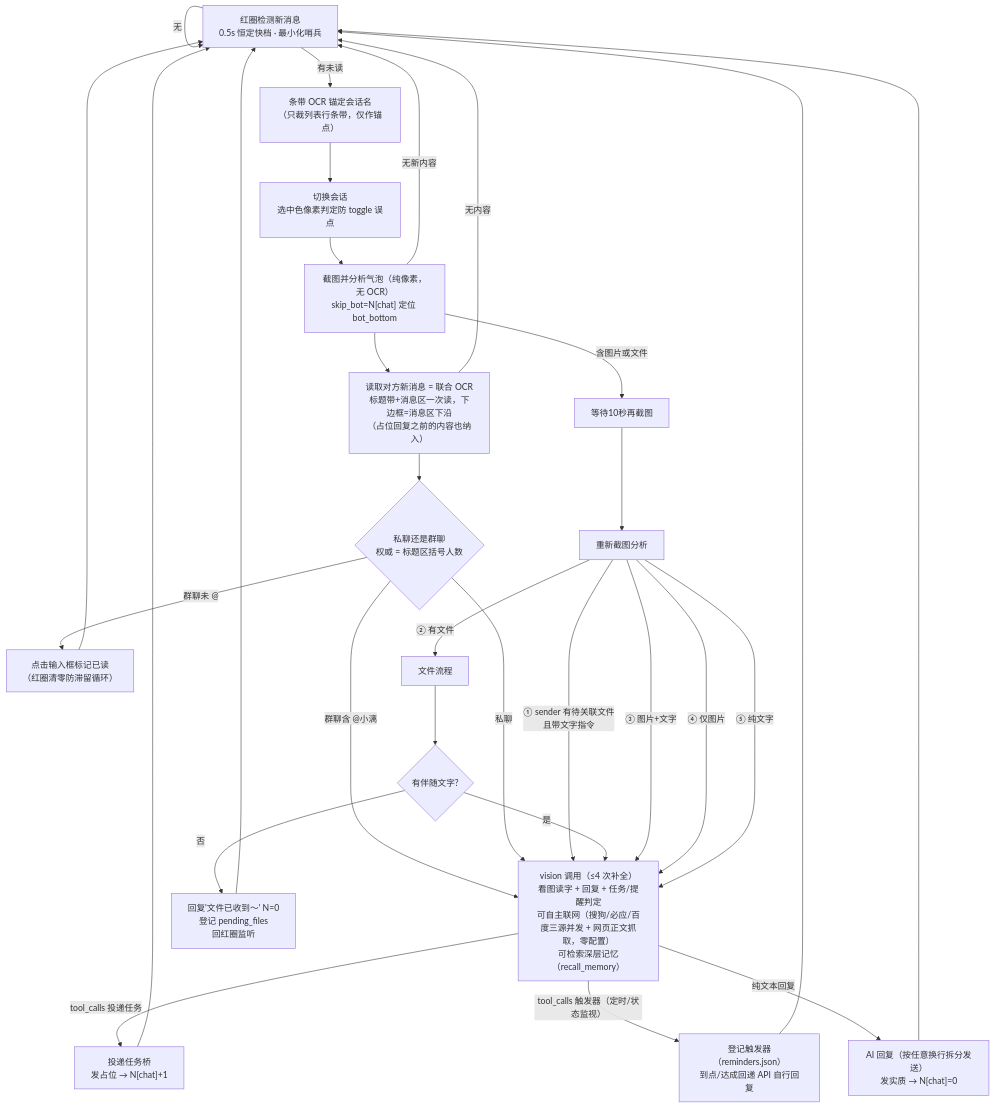
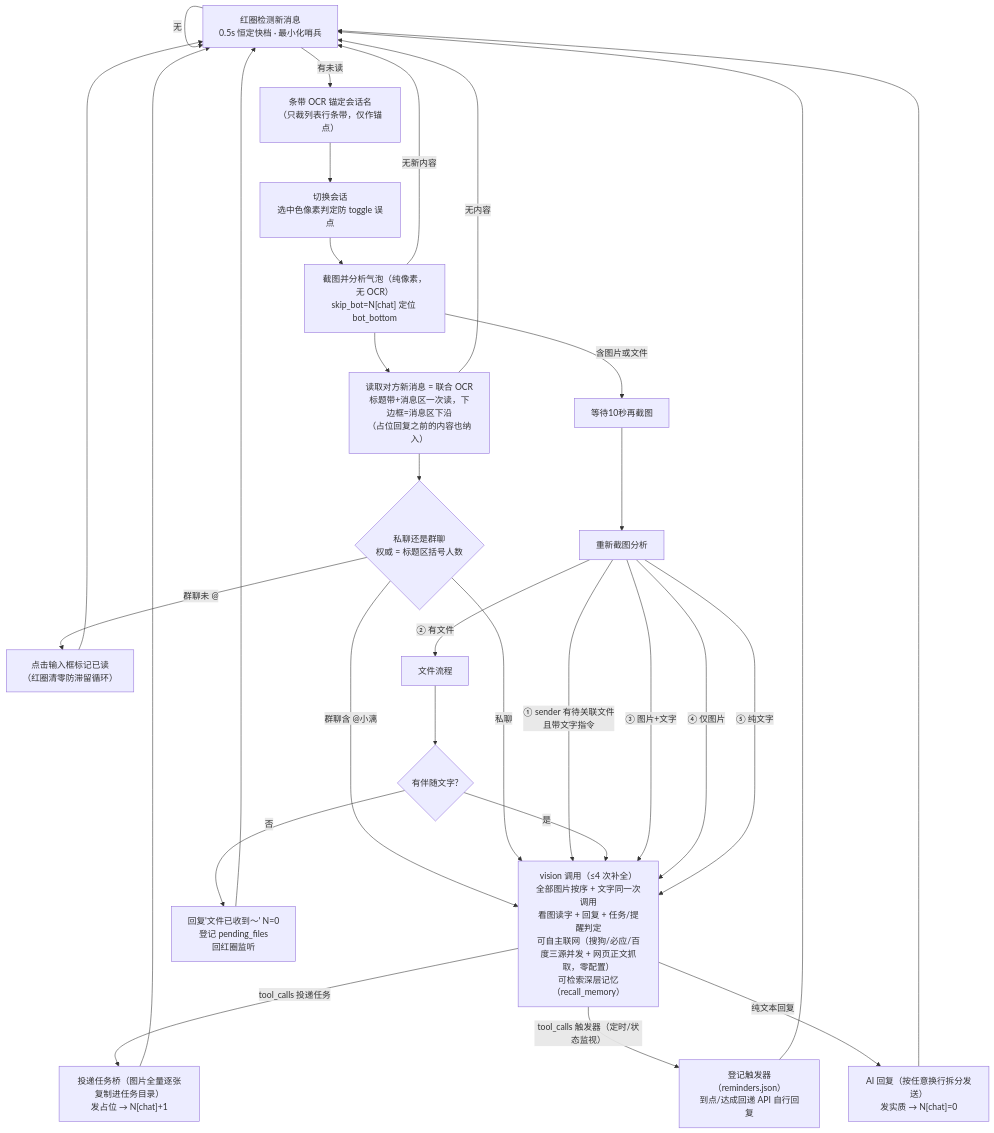
The diagram in README.md (wens6515/weixin-wechat-wxauto-ocr-xiaoli), drawn with Mermaid before and after one commit.

Commit message:
docs: 主循环 flowchart 标注多图语义（全部图片+文字同一次调用/任务全图投递）

````diff
--- a/README.md
+++ b/README.md
@@ -53,33 +53,33 @@
 ```mermaid
 flowchart TD
     A["红圈检测新消息<br/>0.5s 恒定快档 · 最小化哨兵"] -->|无| A
     A -->|有未读| B0["条带 OCR 锚定会话名<br/>（只裁列表行条带，仅作锚点）"]
     B0 --> B["切换会话<br/>选中色像素判定防 toggle 误点"]
     B --> D["截图并分析气泡（纯像素，无 OCR）<br/>skip_bot=N[chat] 定位 bot_bottom"]
     D -->|无新内容| A
     D -->|含图片或文件| H["等待10秒再截图"]
     D --> F["读取对方新消息 = 联合 OCR<br/>标题带+消息区一次读，下边框=消息区下沿<br/>（占位回复之前的内容也纳入）"]
     F -->|无内容| A
     F --> C{"私聊还是群聊<br/>权威 = 标题区括号人数"}
     C -->|群聊含 @小漓| I
     C -->|群聊未 @| G0["点击输入框标记已读<br/>（红圈清零防滞留循环）"]
     G0 --> A
     C -->|私聊| I
     H --> L["重新截图分析"]
     L -->|① sender 有待关联文件<br/>且带文字指令| I
     L -->|② 有文件| O["文件流程"]
     O --> T2{"有伴随文字?"}
     T2 -->|是| I
     T2 -->|否| U["回复'文件已收到～' N=0<br/>登记 pending_files<br/>回红圈监听"]
     L -->|③ 图片+文字| I
     L -->|④ 仅图片| I
     L -->|⑤ 纯文字| I
-    I["vision 调用（≤4 次补全）<br/>看图读字 + 回复 + 任务/提醒判定<br/>可自主联网（搜狗/必应/百度三源并发 + 网页正文抓取，零配置）<br/>可检索深层记忆（recall_memory）"]
-    I -->|tool_calls 投递任务| K["投递任务桥<br/>发占位 → N[chat]+1"]
+    I["vision 调用（≤4 次补全）<br/>全部图片按序 + 文字同一次调用<br/>看图读字 + 回复 + 任务/提醒判定<br/>可自主联网（搜狗/必应/百度三源并发 + 网页正文抓取，零配置）<br/>可检索深层记忆（recall_memory）"]
+    I -->|tool_calls 投递任务| K["投递任务桥（图片全量逐张复制进任务目录）<br/>发占位 → N[chat]+1"]
     I -->|tool_calls 触发器（定时/状态监视）| R2["登记触发器（reminders.json）<br/>到点/达成回递 API 自行回复"]
     I -->|纯文本回复| J["AI 回复（按任意换行拆分发送）<br/>发实质 → N[chat]=0"]
     U --> A
     K --> A
     R2 --> A
     J --> A
 ```
````
